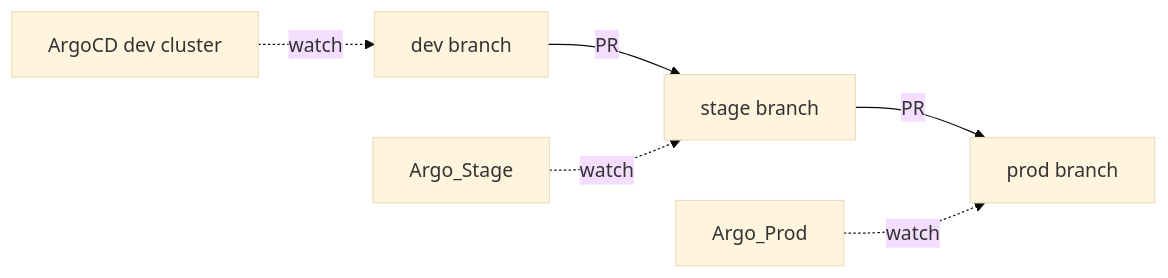
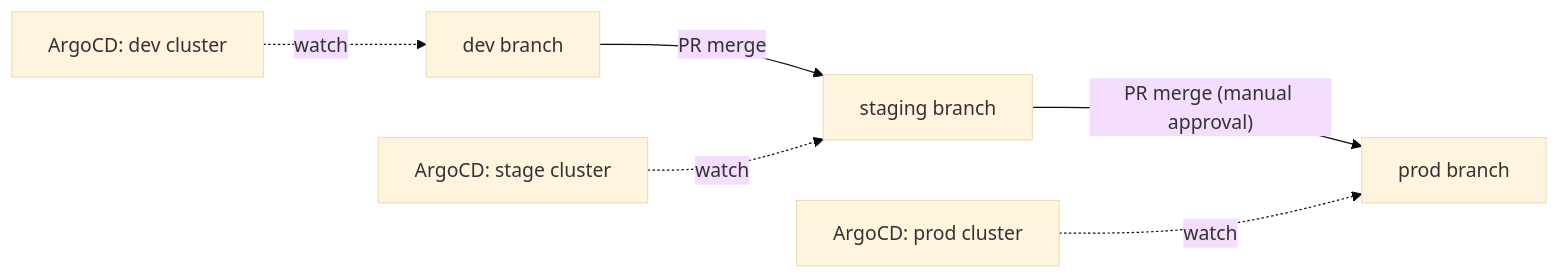
The fourth of 7 diagrams in src/content/wiki/devops/gitops-patterns.mdx (shinkeonkim/shinkeonkim.github.io), drawn with Mermaid (base theme) before and after one commit. The commit also changed other lines of this file and 526 other files, not shown here.

First line of the commit message:
content(wiki): 전수조사 및 대규모 보강 (짧은 파일 0, mermaid +645)

````diff
--- a/src/content/wiki/devops/gitops-patterns.mdx
+++ b/src/content/wiki/devops/gitops-patterns.mdx
@@ -64,8 +148,8 @@
 ```mermaid
 flowchart LR
-    Dev[dev branch] -->|PR| Stage[stage branch]
-    Stage -->|PR| Prod[prod branch]
-    Argo_Dev[ArgoCD dev cluster] -.watch.-> Dev
-    Argo_Stage -.watch.-> Stage
-    Argo_Prod -.watch.-> Prod
+    Dev["dev branch"] -->|"PR merge"| Stage["staging branch"]
+    Stage -->|"PR merge (manual approval)"| Prod["prod branch"]
+    ArgoDev["ArgoCD: dev cluster"] -.->|"watch"| Dev
+    ArgoStage["ArgoCD: stage cluster"] -.->|"watch"| Stage
+    ArgoProd["ArgoCD: prod cluster"] -.->|"watch"| Prod
 ```
````
